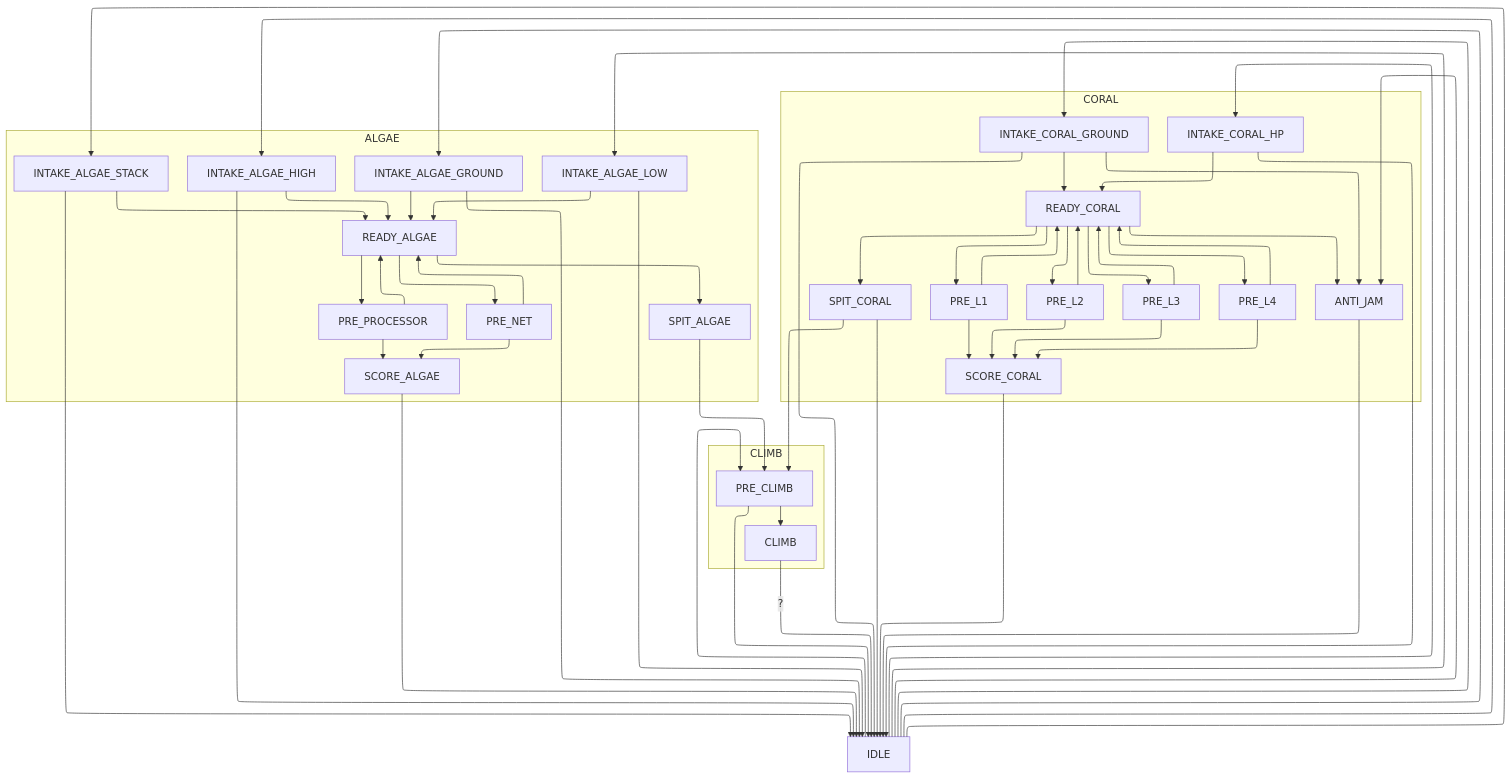
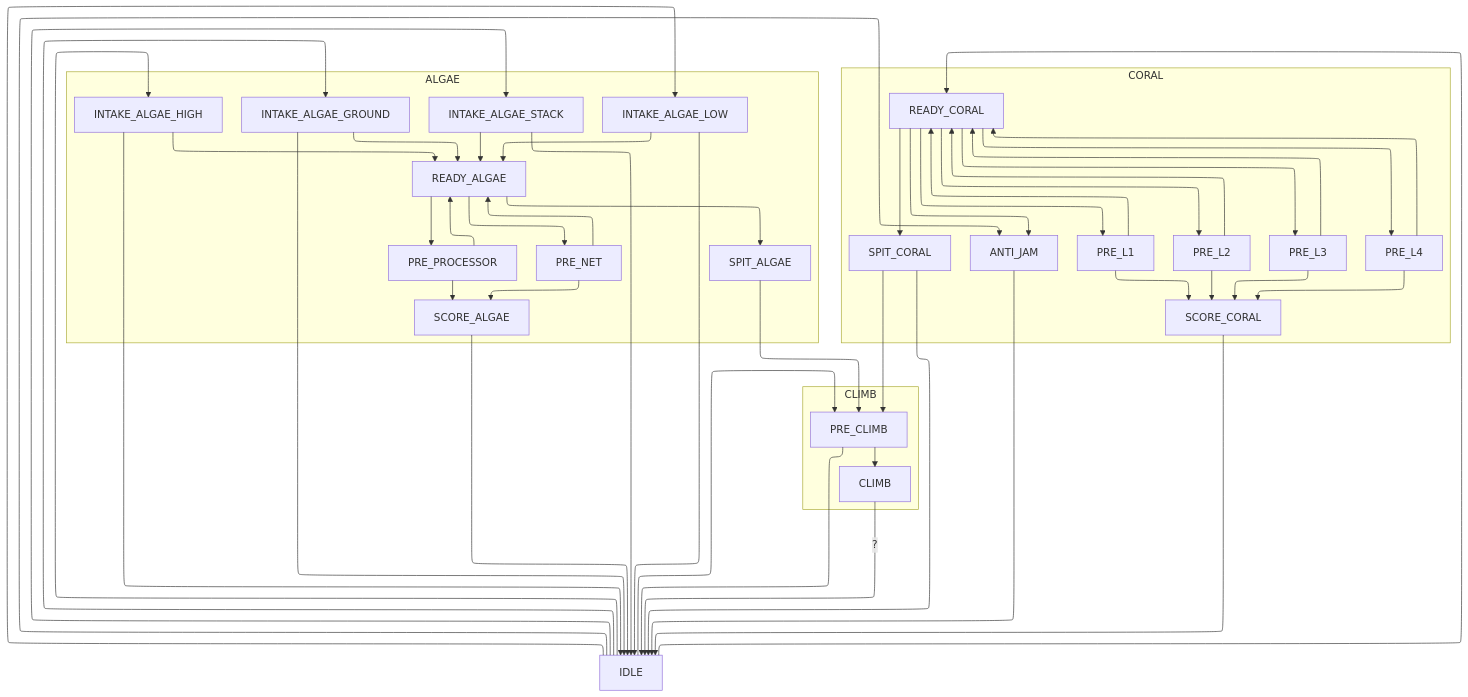
Before and after one commit to HighlanderRobotics/Reefscape: the diagram in notes/superstructure.md, drawn with Mermaid. The commit also changed other lines of this file, not shown here.

Commit message:
remove INTAKE_CORAL states from superstructure note

```diff
--- a/notes/superstructure.md
+++ b/notes/superstructure.md
@@ -6,19 +6,12 @@
 
 IDLE
 
-IDLE --> INTAKE_CORAL_HP
-IDLE --> INTAKE_CORAL_GROUND
-INTAKE_CORAL_HP --> IDLE
-INTAKE_CORAL_GROUND --> IDLE
 SCORE_CORAL --> IDLE
 SPIT_CORAL --> IDLE
 
+IDLE --> READY_CORAL
+
 subgraph CORAL
-
-INTAKE_CORAL_HP
-INTAKE_CORAL_GROUND
-INTAKE_CORAL_HP --> READY_CORAL
-INTAKE_CORAL_GROUND --> READY_CORAL
 
 READY_CORAL --> SPIT_CORAL
 
@@ -75,12 +68,11 @@
 
 IDLE --> ANTI_JAM
 ANTI_JAM --> IDLE
-INTAKE_CORAL_GROUND --> ANTI_JAM
 READY_CORAL --> ANTI_JAM
 
 IDLE --> PRE_CLIMB
-PRE_CLIMB -------> IDLE
-CLIMB --"?"-----> IDLE
+PRE_CLIMB --> IDLE
+CLIMB --"?"--> IDLE
 
 subgraph climb [CLIMB]
 
```
